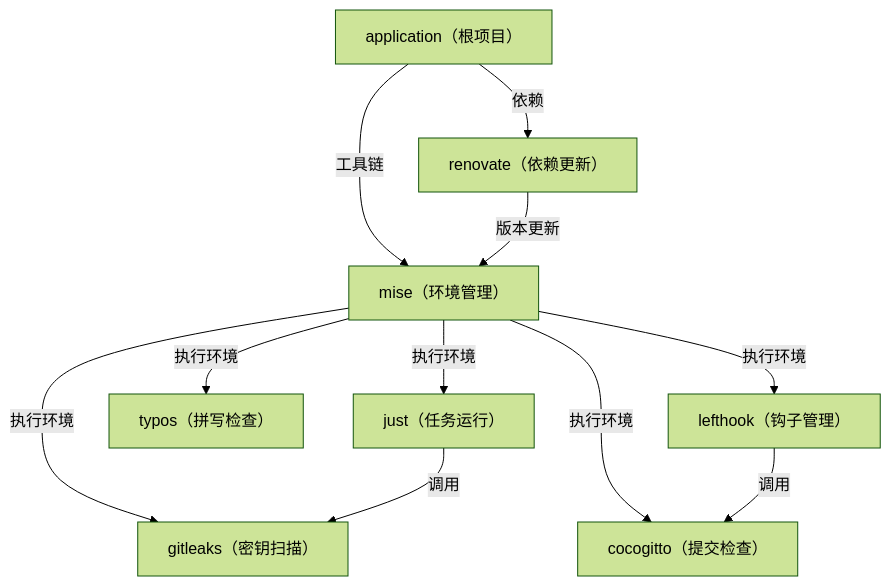
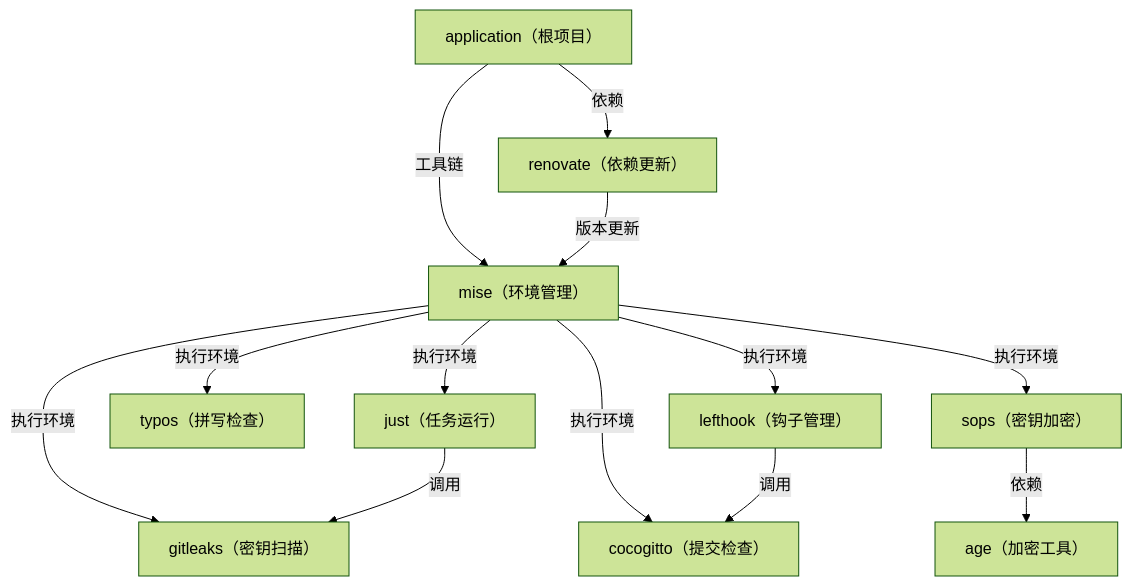
One commit to sweets-wtt/application changed the diagram in README.md. Above: the diagram before and after it, drawn with Mermaid (forest theme). The commit also changed other lines of this file and 3 other files, not shown here.

````diff
--- a/README.md
+++ b/README.md
@@ -10,14 +10,16 @@
 ```mermaid
 flowchart TD
     application["application（根项目）"]
     application -->|工具链| mise["mise（环境管理）"]
     mise -->|执行环境| just["just（任务运行）"]
     mise -->|执行环境| typos["typos（拼写检查）"]
     mise -->|执行环境| cocogitto["cocogitto（提交检查）"]
     mise -->|执行环境| lefthook["lefthook（钩子管理）"]
     lefthook -->|调用| cocogitto["cocogitto（提交检查）"]
     mise -->|执行环境| gitleaks["gitleaks（密钥扫描）"]
     just -->|调用| gitleaks["gitleaks（密钥扫描）"]
     application -->|依赖| renovate["renovate（依赖更新）"]
     renovate -->|版本更新| mise["mise（环境管理）"]
+    mise -->|执行环境| sops["sops（密钥加密）"]
+    sops -->|依赖| age["age（加密工具）"]
 ```
````
